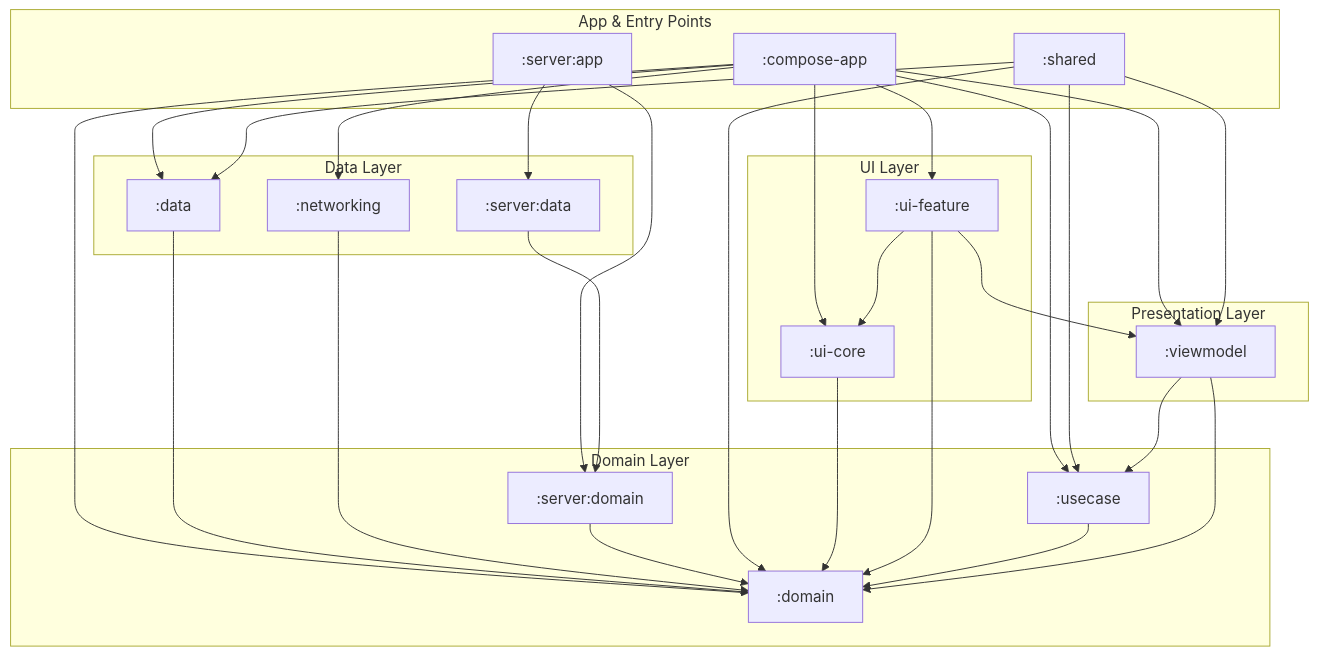
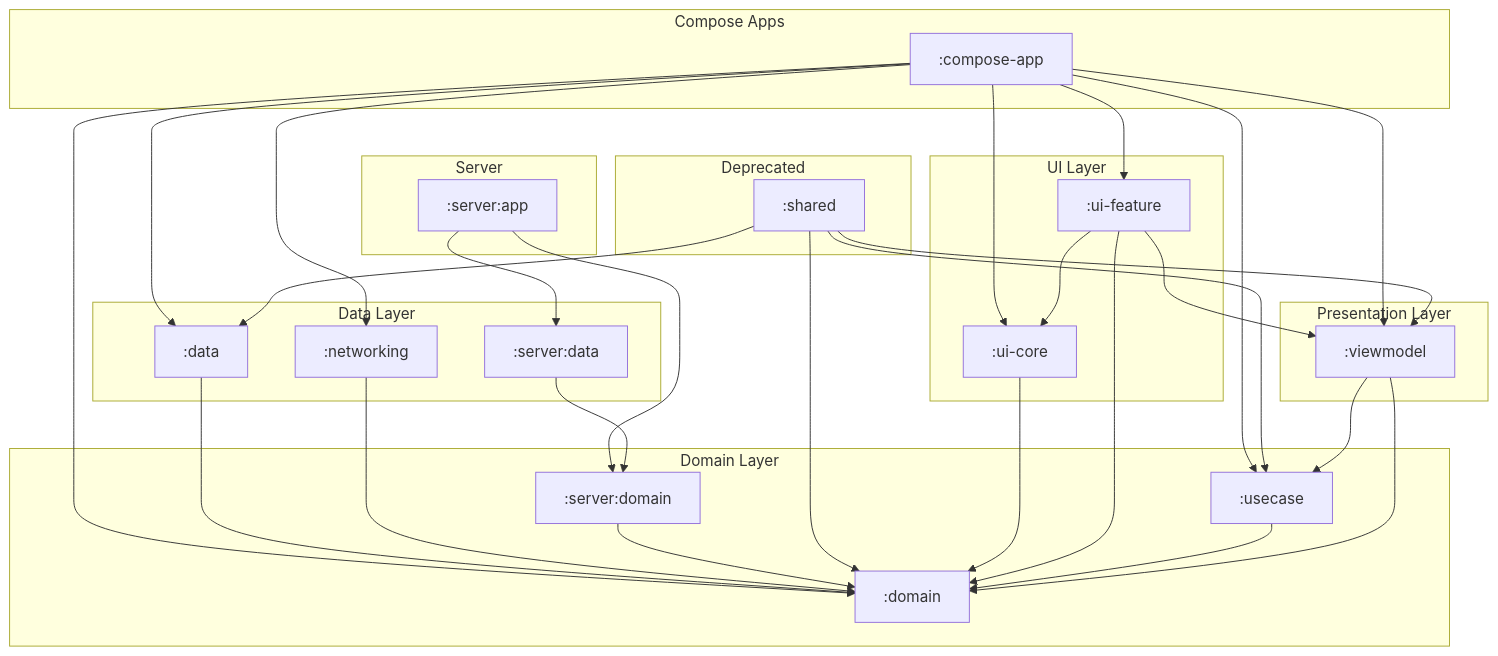
One commit to cartland/battery-butler changed the diagram in docs/diagrams/kotlin_module_structure.mmd. Above: the diagram before and after it, drawn with Mermaid. The commit also changed 4 other files, not shown here.

Commit message:
Docs: Refine architecture diagram grouping (Server, Apps, Deprecated)

```diff
--- a/docs/diagrams/kotlin_module_structure.mmd
+++ b/docs/diagrams/kotlin_module_structure.mmd
@@ -1,63 +1,69 @@
 graph TD
-    subgraph "App & Entry Points"
+    subgraph "Compose Apps"
         ComposeApp[":compose-app"]
+    end
+
+    subgraph "Server"
         ServerApp[":server:app"]
-        Shared[":shared"]
     end
 
     subgraph "UI Layer"
         UICore[":ui-core"]
         UIFeature[":ui-feature"]
     end
 
     subgraph "Presentation Layer"
         ViewModel[":viewmodel"]
     end
 
     subgraph "Domain Layer"
         Domain[":domain"]
         ServerDomain[":server:domain"]
         UseCase[":usecase"]
     end
 
     subgraph "Data Layer"
         Data[":data"]
         Networking[":networking"]
         ServerData[":server:data"]
+    end
+
+    subgraph "Deprecated"
+        Shared[":shared"]
     end
 
     %% Dependencies
     ComposeApp --> Data
     ComposeApp --> Domain
     ComposeApp --> Networking
     ComposeApp --> UICore
     ComposeApp --> UIFeature
     ComposeApp --> UseCase
     ComposeApp --> ViewModel
 
     Data --> Domain
 
     Networking --> Domain
 
     ServerApp --> ServerData
     ServerApp --> ServerDomain
 
     ServerData --> ServerDomain
 
     ServerDomain --> Domain
 
     Shared --> Data
     Shared --> Domain
     Shared --> UseCase
     Shared --> ViewModel
 
     UICore --> Domain
 
     UIFeature --> Domain
     UIFeature --> UICore
     UIFeature --> ViewModel
 
     UseCase --> Domain
 
     ViewModel --> Domain
     ViewModel --> UseCase
```
